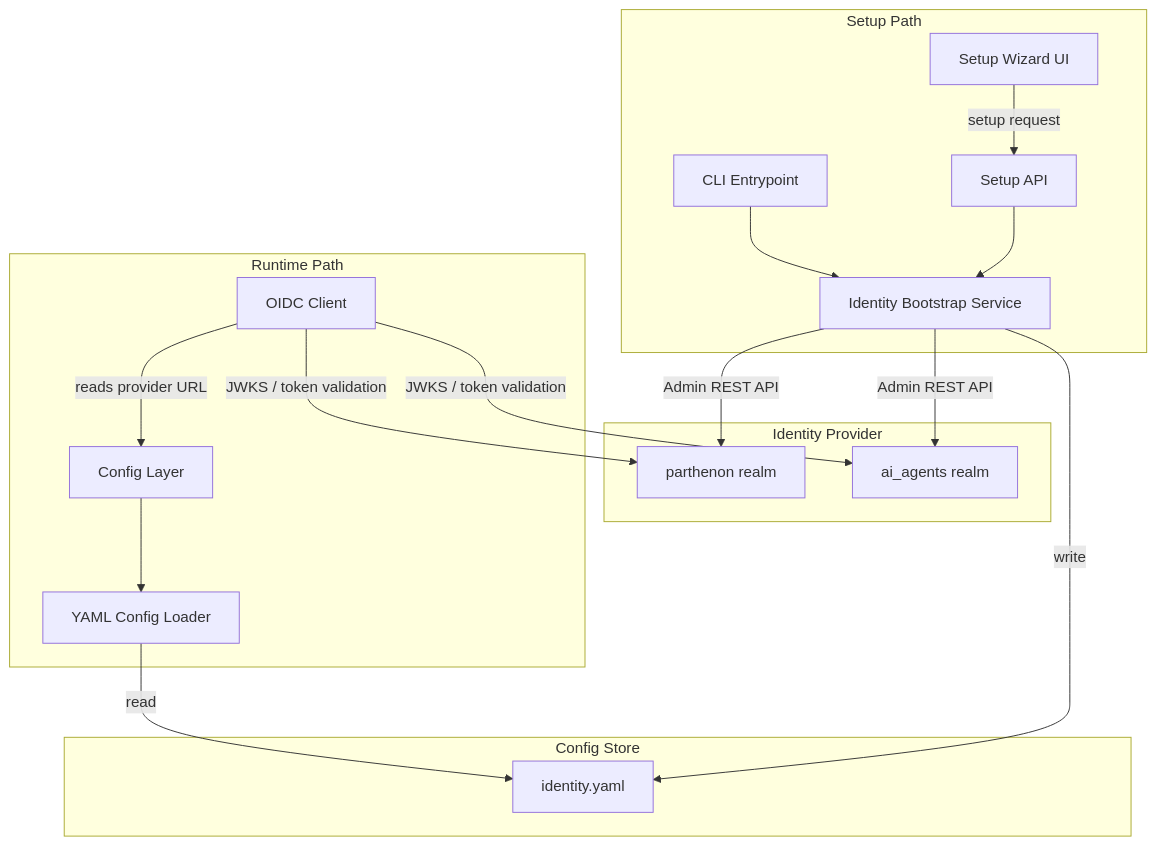
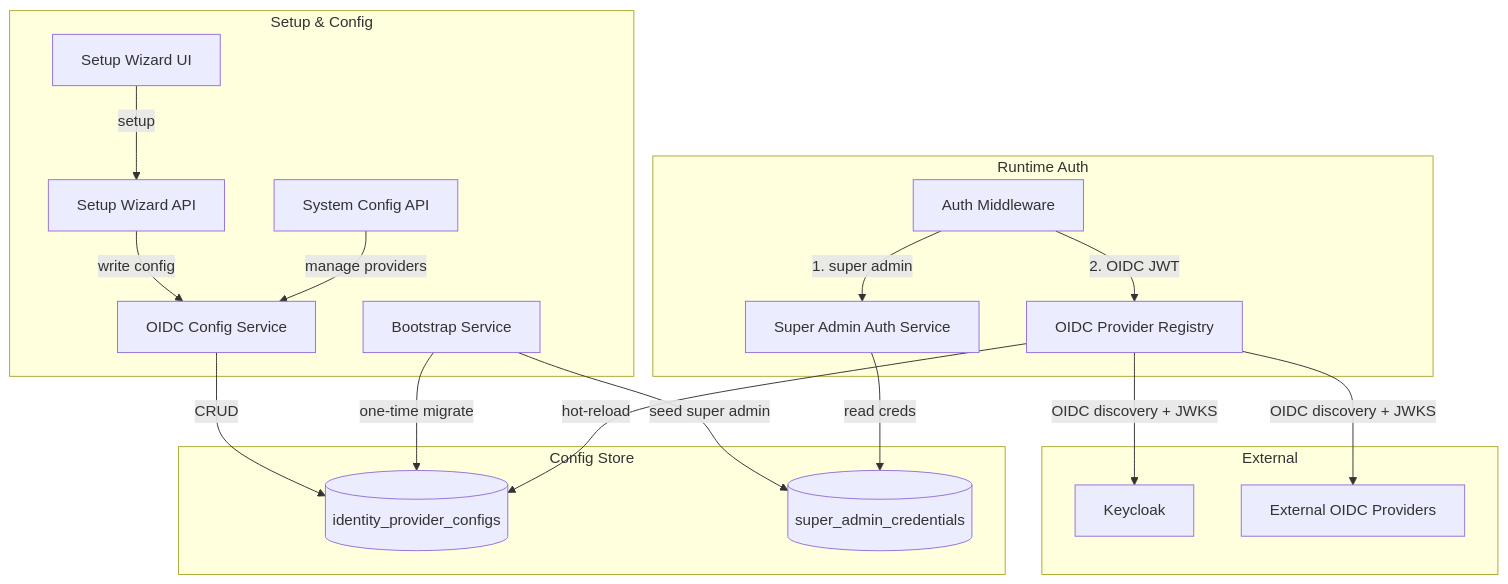
One commit to hurungang/parthenon changed the second of 3 diagrams in docs/master/architecture/modules/identity.md. Above: the diagram before and after it, drawn with Mermaid. The commit also changed other lines of this file and 206 other files, not shown here.

````diff
--- a/docs/master/architecture/modules/identity.md
+++ b/docs/master/architecture/modules/identity.md
@@ -78,36 +57,40 @@
 ```mermaid
 flowchart TB
-    subgraph Setup Path
+    subgraph Setup["Setup & Config"]
         WZ[Setup Wizard UI]
-        CLI[CLI Entrypoint]
-        SAPI[Setup API]
-        IBS[Identity Bootstrap Service]
+        SW[Setup Wizard API]
+        SCAPI[System Config API]
+        OCR[OIDC Config Service]
+        BS[Bootstrap Service]
     end
 
-    subgraph Runtime Path
-        CFG[Config Layer]
-        YCL[YAML Config Loader]
-        OIDCC[OIDC Client]
+    subgraph Runtime["Runtime Auth"]
+        AM[Auth Middleware]
+        SAR[Super Admin Auth Service]
+        OPR[OIDC Provider Registry]
     end
 
-    subgraph Config Store
-        YF[identity.yaml]
+    subgraph External
+        KC[Keycloak]
+        EXT[External OIDC Providers]
     end
 
-    subgraph IdP[Identity Provider]
-        UserRealm[parthenon realm]
-        AgentRealm[ai_agents realm]
+    subgraph Store["Config Store"]
+        IPC[(identity_provider_configs)]
+        SAC[(super_admin_credentials)]
     end
 
-    WZ -->|setup request| SAPI
-    CLI --> IBS
-    SAPI --> IBS
-    IBS -->|Admin REST API| UserRealm
-    IBS -->|Admin REST API| AgentRealm
-    IBS -->|write| YF
-    YCL -->|read| YF
-    CFG --> YCL
-    OIDCC -->|reads provider URL| CFG
-    OIDCC -->|JWKS / token validation| UserRealm
-    OIDCC -->|JWKS / token validation| AgentRealm
+    WZ -->|setup| SW
+    SW -->|write config| OCR
+    SCAPI -->|manage providers| OCR
+    OCR -->|CRUD| IPC
+    BS -->|one-time migrate| IPC
+    BS -->|seed super admin| SAC
+
+    AM -->|1. super admin| SAR
+    AM -->|2. OIDC JWT| OPR
+    SAR -->|read creds| SAC
+    OPR -->|hot-reload| IPC
+    OPR -->|OIDC discovery + JWKS| KC
+    OPR -->|OIDC discovery + JWKS| EXT
 ```
````
